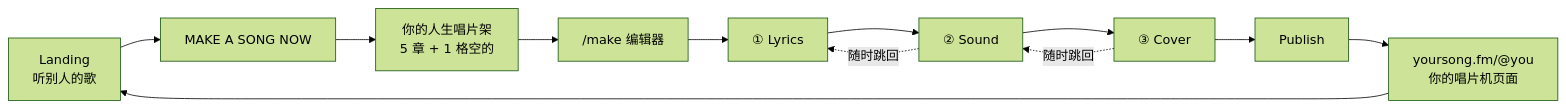
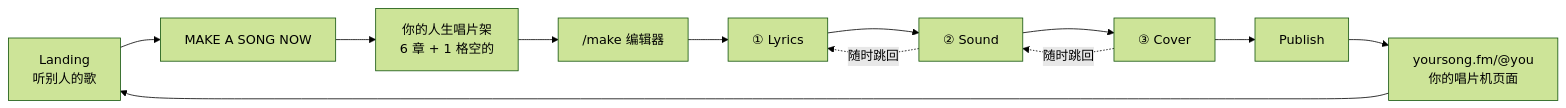
One commit to Belendali/yoursong changed the first of 2 diagrams in docs/YOURSONG-产品文档.md. Above: the diagram before and after it, drawn with Mermaid (forest theme). The commit also changed other lines of this file, not shown here.

````diff
--- a/docs/YOURSONG-产品文档.md
+++ b/docs/YOURSONG-产品文档.md
@@ -149,14 +149,14 @@
 ```mermaid
 flowchart LR
   L["Landing<br/>听别人的歌"] --> M["MAKE A SONG NOW"]
-  M --> SH["你的人生唱片架<br/>5 章 + 1 格空的"]
+  M --> SH["你的人生唱片架<br/>6 章 + 1 格空的"]
   SH --> E["/make 编辑器"]
   E --> S1["① Lyrics"]
   S1 --> S2["② Sound"]
   S2 --> S3["③ Cover"]
   S3 --> P["Publish"]
   P --> H["yoursong.fm/@you<br/>你的唱片机页面"]
   H --> L
   S2 -.随时跳回.-> S1
   S3 -.随时跳回.-> S2
 ```
````
